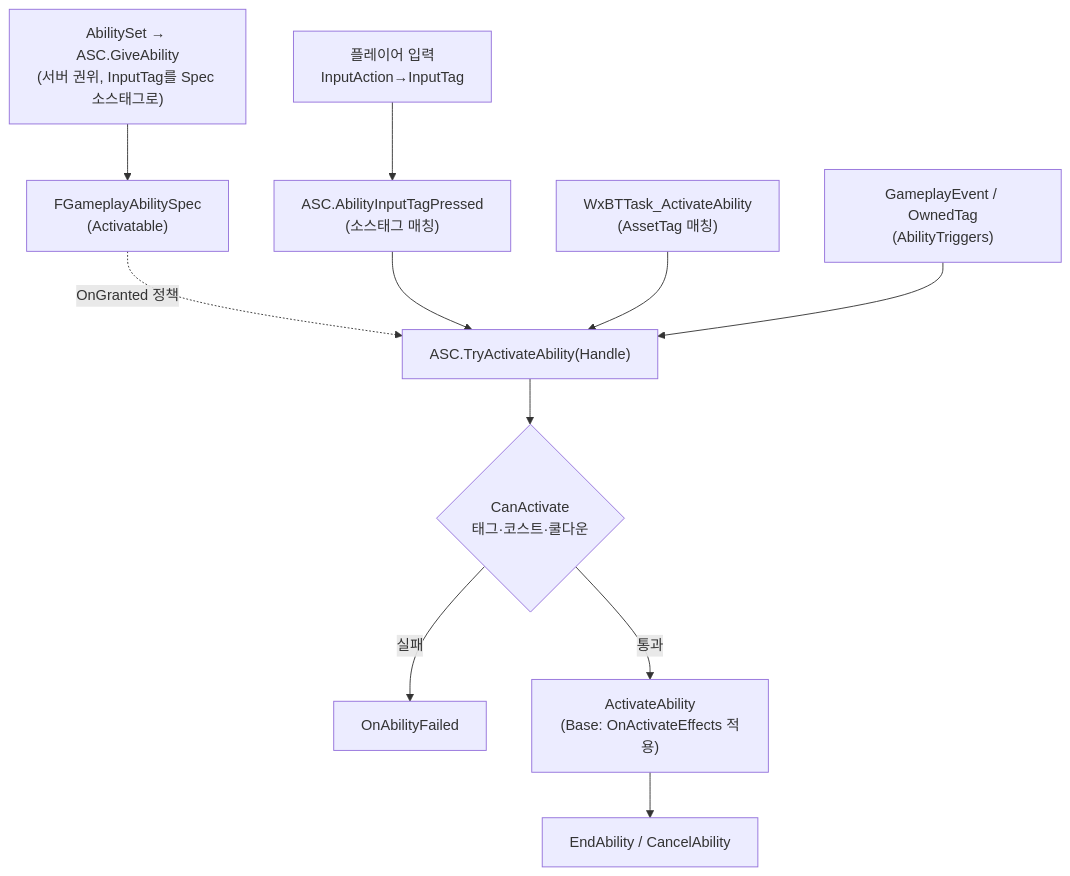
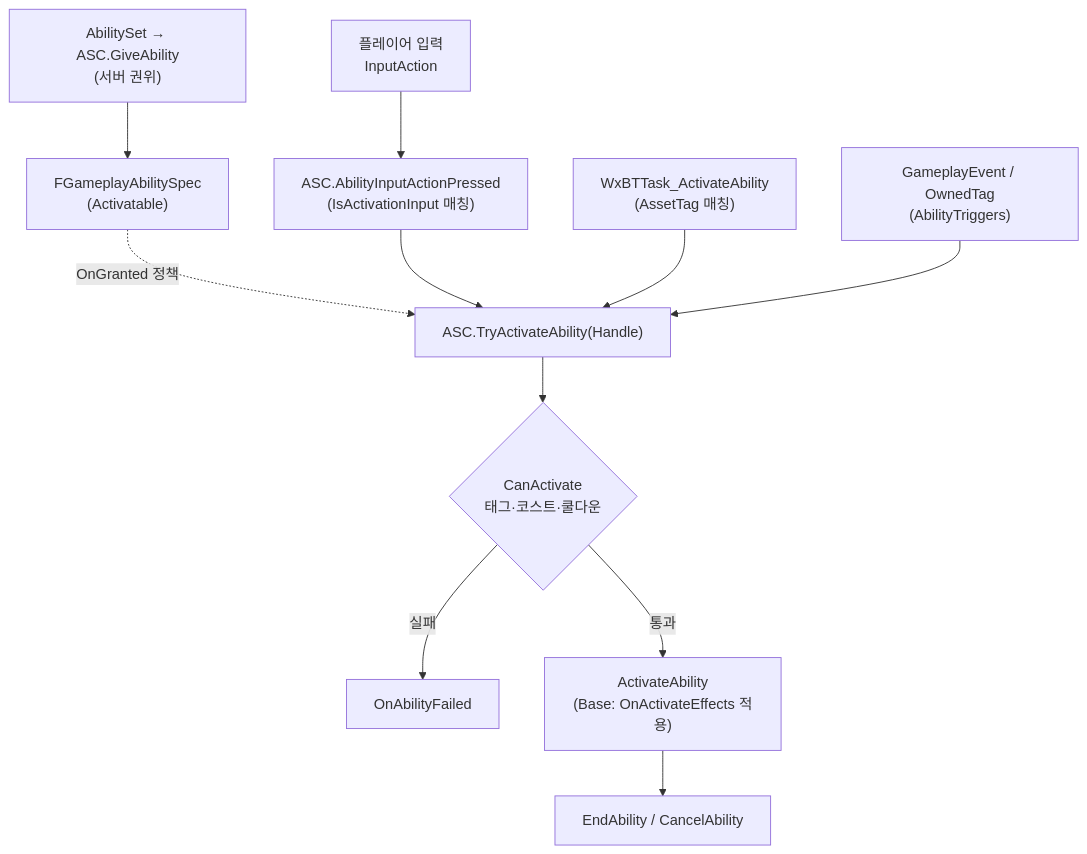
The diagram in Docs/Programmer/Ability_Activation_Flow.md (Woogl/ProjectWx), drawn with Mermaid before and after one commit. The commit also changed other lines of this file and 44 other files, not shown here.

First line of the commit message:
어빌리티 입력 라우팅을 InputTag 태그에서 UInputAction 직접 매칭으로 전환

````diff
--- a/Docs/Programmer/Ability_Activation_Flow.md
+++ b/Docs/Programmer/Ability_Activation_Flow.md
@@ -22,12 +22,12 @@
 ```mermaid
 flowchart TD
-    Grant["AbilitySet → ASC.GiveAbility<br/>(서버 권위, InputTag를 Spec 소스태그로)"] --> Spec["FGameplayAbilitySpec<br/>(Activatable)"]
+    Grant["AbilitySet → ASC.GiveAbility<br/>(서버 권위)"] --> Spec["FGameplayAbilitySpec<br/>(Activatable)"]
     Spec -. "OnGranted 정책" .-> TAA
-    Input["플레이어 입력<br/>InputAction→InputTag"] --> ASCIn["ASC.AbilityInputTagPressed<br/>(소스태그 매칭)"] --> TAA["ASC.TryActivateAbility(Handle)"]
+    Input["플레이어 입력<br/>InputAction"] --> ASCIn["ASC.AbilityInputActionPressed<br/>(IsActivationInput 매칭)"] --> TAA["ASC.TryActivateAbility(Handle)"]
     AI["WxBTTask_ActivateAbility<br/>(AssetTag 매칭)"] --> TAA
     Event["GameplayEvent / OwnedTag<br/>(AbilityTriggers)"] --> TAA
     TAA --> Gate{"CanActivate<br/>태그·코스트·쿨다운"}
     Gate -- 실패 --> Fail["OnAbilityFailed"]
     Gate -- 통과 --> Act["ActivateAbility<br/>(Base: OnActivateEffects 적용)"]
     Act --> End["EndAbility / CancelAbility"]
 ```
````
